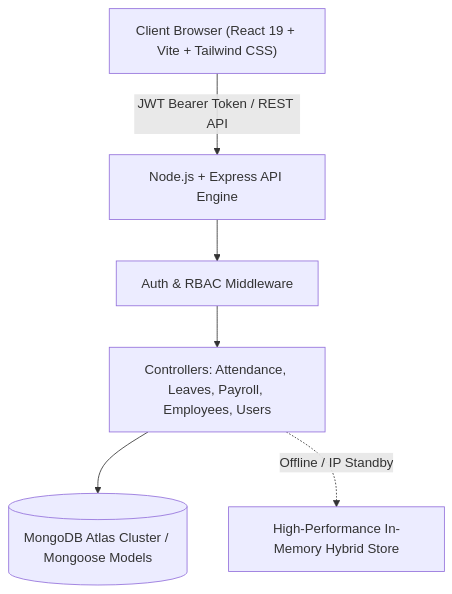
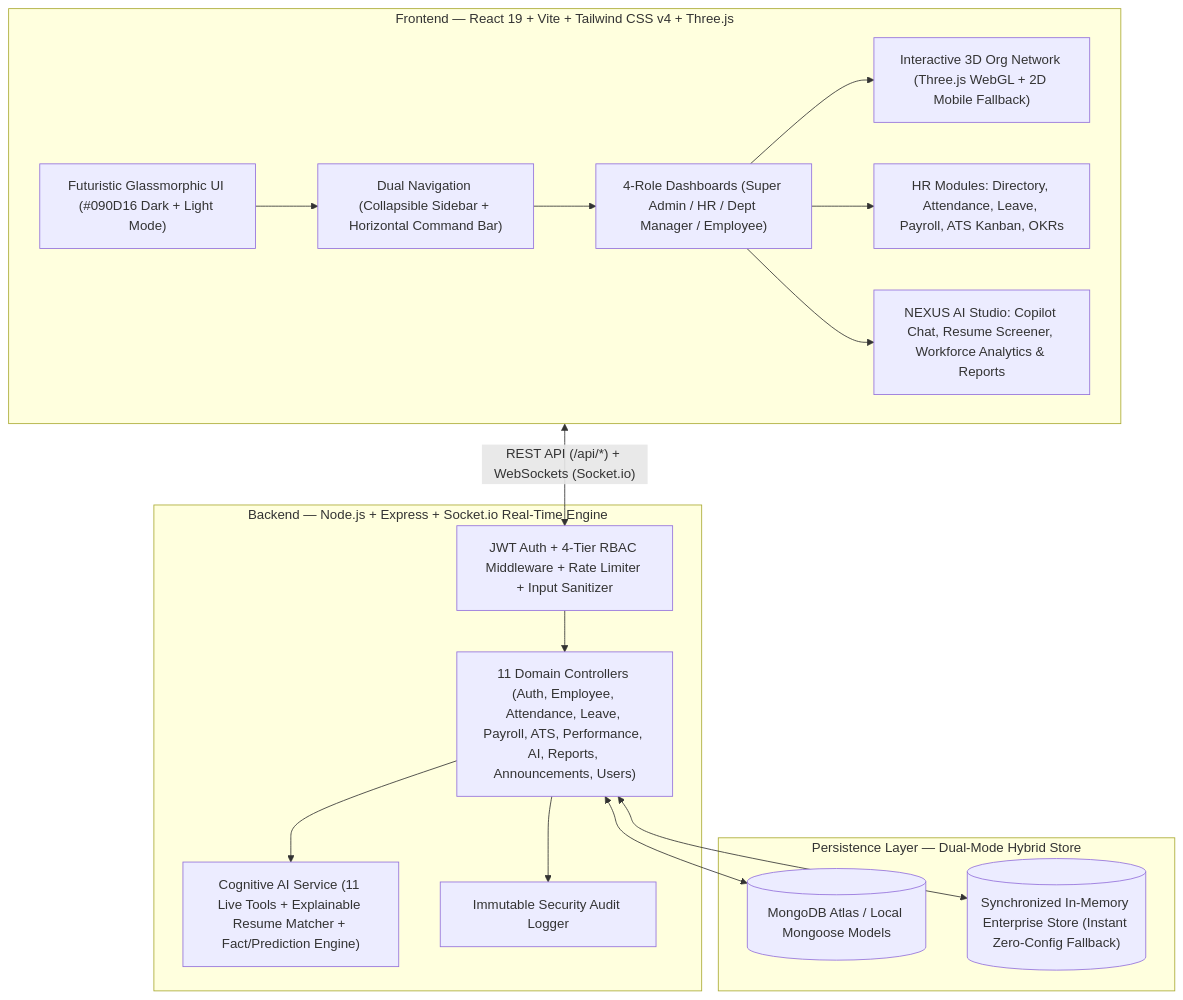
One commit to Kushalraj123/Employee-Management-System changed the diagram in README.md. Above: the diagram before and after it, drawn with Mermaid. The commit also changed other lines of this file and 53 other files, not shown here.

Commit message:
feat: upgrade NEXUS to enterprise 3D digital workplace, 4-role RBAC, ATS Kanban, and AI HR suite

````diff
--- a/README.md
+++ b/README.md
@@ -15,8 +9,35 @@
 ```mermaid
-graph TD
-    Client["Client Browser (React 19 + Vite + Tailwind CSS)"] -->|JWT Bearer Token / REST API| Express["Node.js + Express API Engine"]
-    Express --> Auth["Auth & RBAC Middleware"]
-    Auth --> Modules["Controllers: Attendance, Leaves, Payroll, Employees, Users"]
-    Modules --> DB[("MongoDB Atlas Cluster / Mongoose Models")]
-    Modules -.->|Offline / IP Standby| Hybrid["High-Performance In-Memory Hybrid Store"]
+flowchart TB
+    subgraph Client["Frontend — React 19 + Vite + Tailwind CSS v4 + Three.js"]
+        UI["Futuristic Glassmorphic UI (#090D16 Dark + Light Mode)"]
+        Nav["Dual Navigation (Collapsible Sidebar + Horizontal Command Bar)"]
+        RBAC_UI["4-Role Dashboards (Super Admin / HR / Dept Manager / Employee)"]
+        Org3D["Interactive 3D Org Network (Three.js WebGL + 2D Mobile Fallback)"]
+        CoreUI["HR Modules: Directory, Attendance, Leave, Payroll, ATS Kanban, OKRs"]
+        AI_UI["NEXUS AI Studio: Copilot Chat, Resume Screener, Workforce Analytics & Reports"]
+    end
+
+    subgraph Server["Backend — Node.js + Express + Socket.io Real-Time Engine"]
+        AuthMW["JWT Auth + 4-Tier RBAC Middleware + Rate Limiter + Input Sanitizer"]
+        Controllers["11 Domain Controllers (Auth, Employee, Attendance, Leave, Payroll, ATS, Performance, AI, Reports, Announcements, Users)"]
+        AIService["Cognitive AI Service (11 Live Tools + Explainable Resume Matcher + Fact/Prediction Engine)"]
+        Audit["Immutable Security Audit Logger"]
+    end
+
+    subgraph Data["Persistence Layer — Dual-Mode Hybrid Store"]
+        Mongo[("MongoDB Atlas / Local Mongoose Models")]
+        MemStore[("Synchronized In-Memory Enterprise Store (Instant Zero-Config Fallback)")]
+    end
+
+    UI --> Nav
+    Nav --> RBAC_UI
+    RBAC_UI --> Org3D
+    RBAC_UI --> CoreUI
+    RBAC_UI --> AI_UI
+    Client <-->|"REST API (/api/*) + WebSockets (Socket.io)"| AuthMW
+    AuthMW --> Controllers
+    Controllers --> AIService
+    Controllers --> Audit
+    Controllers <--> Mongo
+    Controllers <--> MemStore
 ```
````
